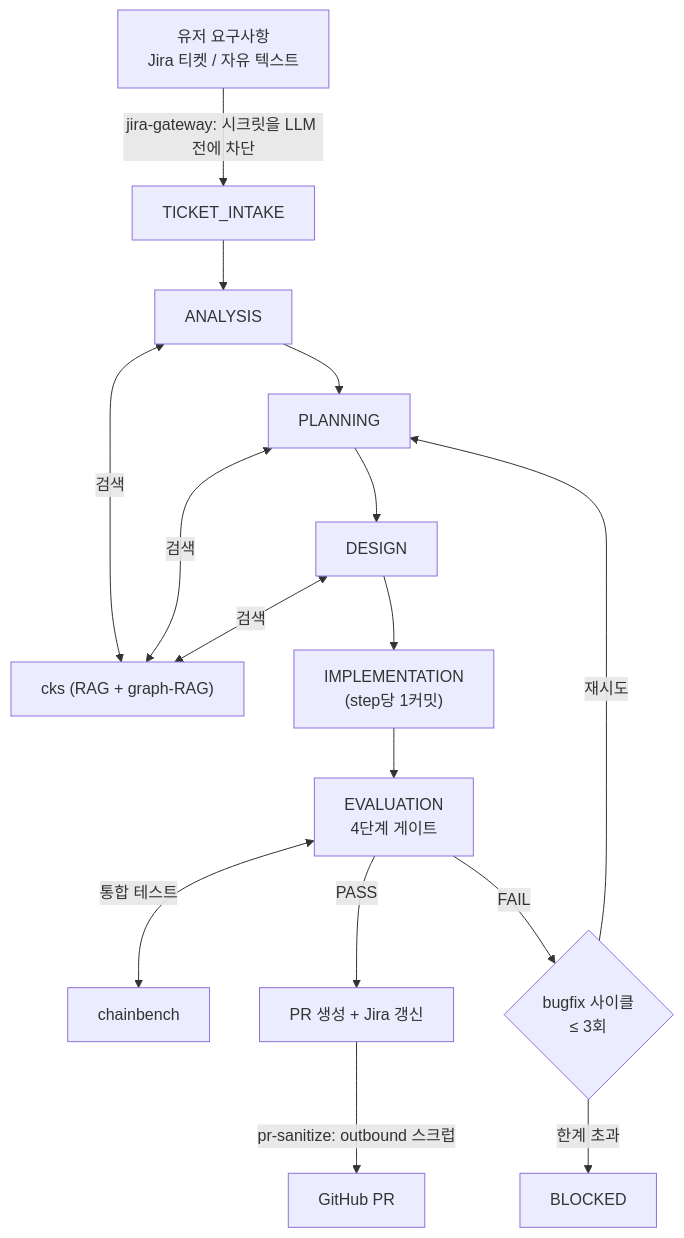
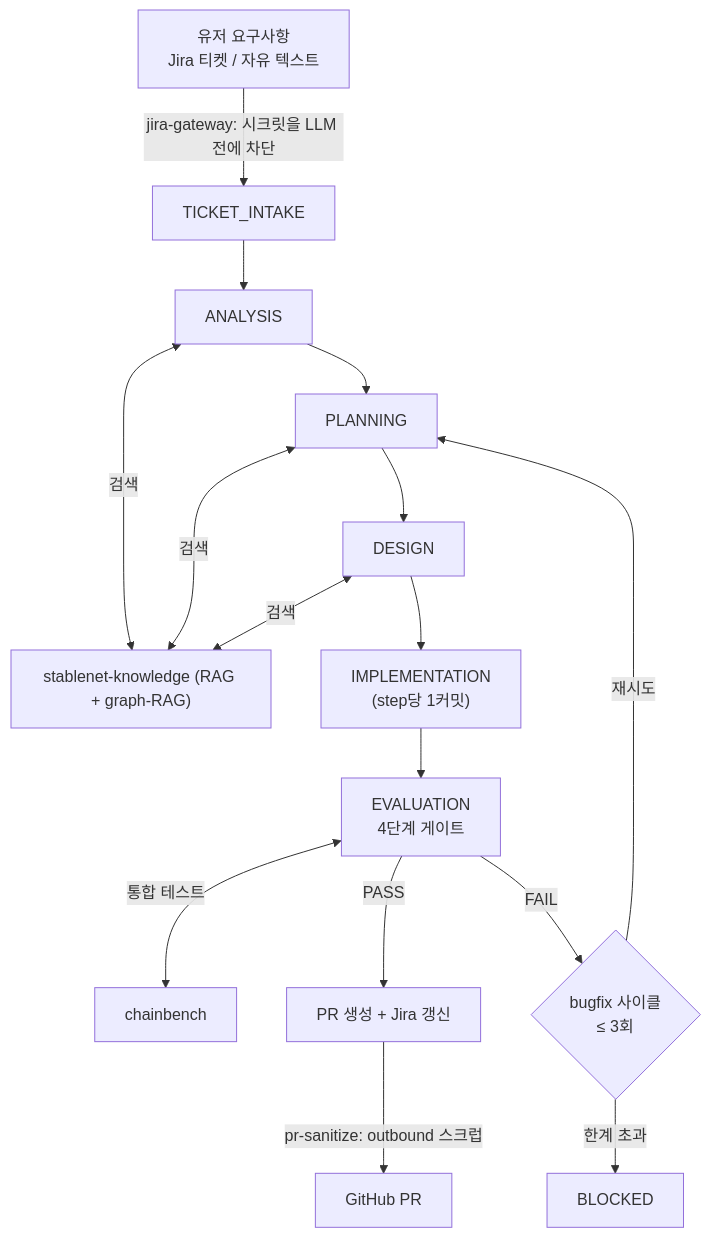
The second of 3 diagrams in docs/OVERVIEW.md (stable-net/stablenet-expert), drawn with Mermaid before and after one commit. The commit also changed other lines of this file and 242 other files, not shown here.

````diff
--- a/docs/OVERVIEW.md
+++ b/docs/OVERVIEW.md
@@ -157,24 +157,24 @@
 ```mermaid
 flowchart TD
     REQ["유저 요구사항<br/>Jira 티켓 / 자유 텍스트"]
     REQ -->|"jira-gateway: 시크릿을 LLM 전에 차단"| INTAKE["TICKET_INTAKE"]
     INTAKE --> ANALYSIS["ANALYSIS"]
     ANALYSIS --> PLANNING["PLANNING"]
     PLANNING --> DESIGN["DESIGN"]
 
-    CKS["cks (RAG + graph-RAG)"]
-    ANALYSIS <-->|검색| CKS
-    PLANNING <-->|검색| CKS
-    DESIGN <-->|검색| CKS
+    stablenet-knowledge["stablenet-knowledge (RAG + graph-RAG)"]
+    ANALYSIS <-->|검색| stablenet-knowledge
+    PLANNING <-->|검색| stablenet-knowledge
+    DESIGN <-->|검색| stablenet-knowledge
 
     DESIGN --> IMPL["IMPLEMENTATION<br/>(step당 1커밋)"]
     IMPL --> EVALN["EVALUATION<br/>4단계 게이트"]
     EVALN <-->|통합 테스트| CB["chainbench"]
 
     EVALN -->|PASS| DONE["PR 생성 + Jira 갱신"]
     EVALN -->|FAIL| FIX{"bugfix 사이클<br/>≤ 3회"}
     FIX -->|재시도| PLANNING
     FIX -->|한계 초과| BLOCKED["BLOCKED"]
 
     DONE -->|"pr-sanitize: outbound 스크럽"| PR["GitHub PR"]
 ```
````
